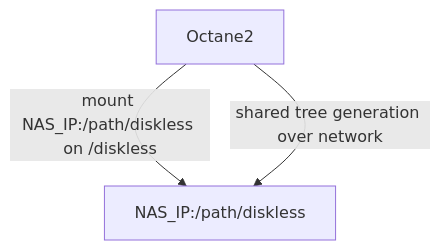
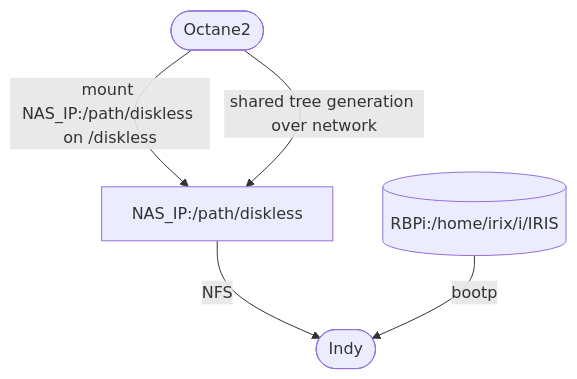
The third of 3 diagrams in README.md (Linux-RISC/IRIX-diskless-workstation), drawn with Mermaid before and after one commit. The commit also changed other lines of this file, not shown here.

````diff
--- a/README.md
+++ b/README.md
@@ -76,5 +78,7 @@
 ```mermaid
 graph TD;
-    Octane2--mount NAS_IP:/path/diskless on /diskless-->B[NAS_IP:/path/diskless];
-    Octane2--shared tree generation over network-->B[NAS_IP:/path/diskless];
+    Octane2([Octane2])--mount NAS_IP:/path/diskless on /diskless-->B[NAS_IP:/path/diskless];
+    Octane2([Octane2])--shared tree generation over network-->B[NAS_IP:/path/diskless];
+    B[NAS_IP:/path/diskless]--NFS-->Indy([Indy]);
+    RBPi[(RBPi:/home/irix/i/IRIS)]--bootp-->Indy([Indy]);
 ```
````
